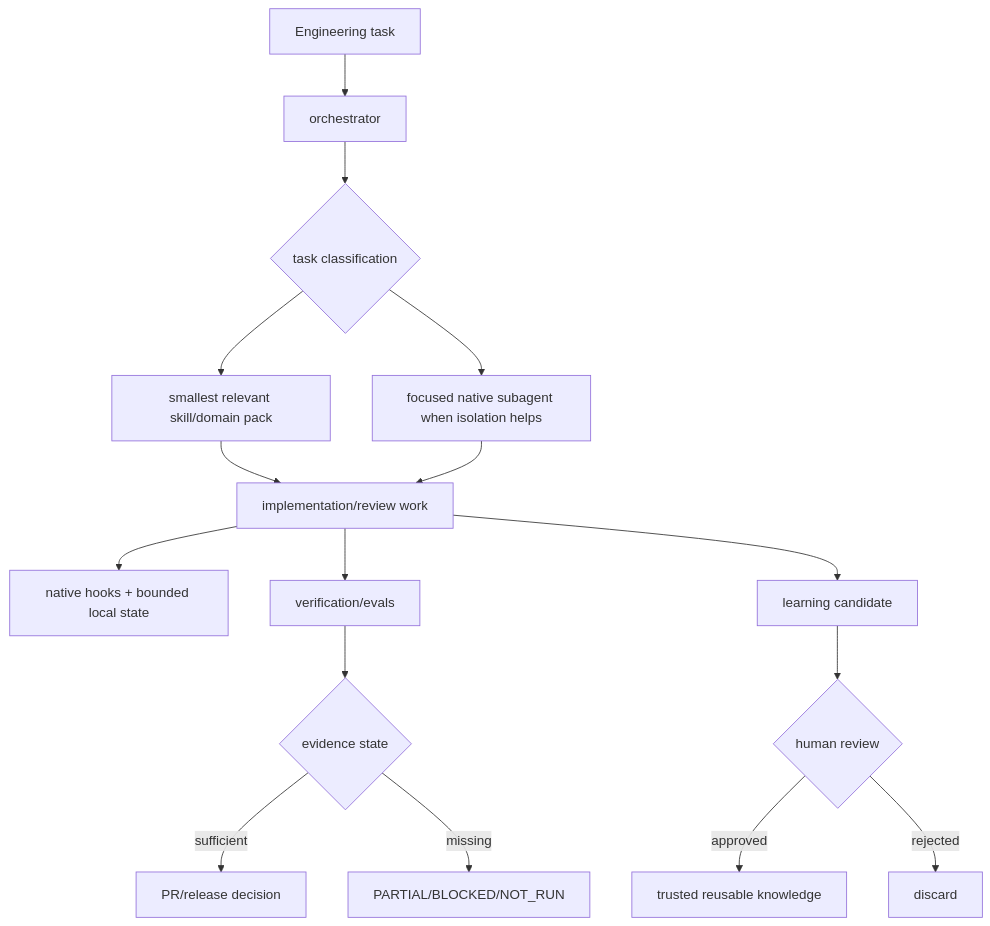
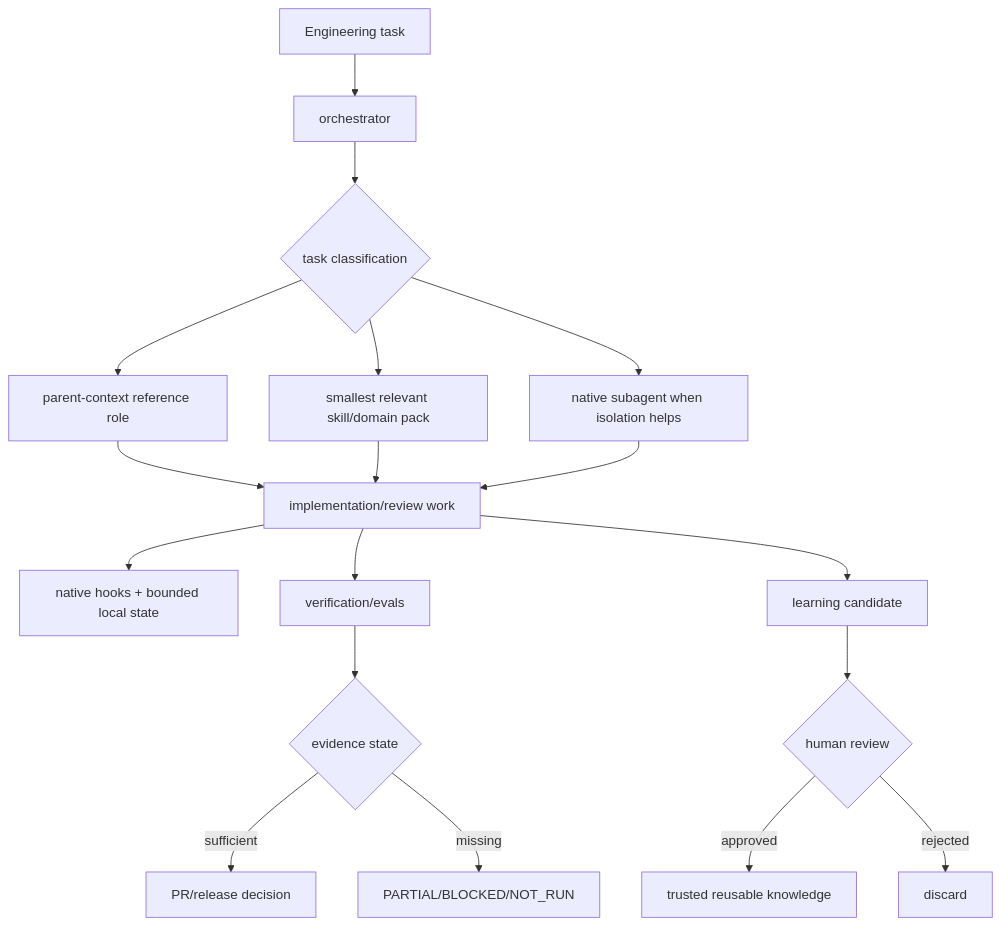
Before and after one commit to aydemir0/codex-engineering-kit: the diagram in docs/architecture.md, drawn with Mermaid. The commit also changed other lines of this file, not shown here.

Commit message:
docs: distinguish reference roles from native subagents

````diff
--- a/docs/architecture.md
+++ b/docs/architecture.md
@@ -53,18 +55,20 @@
 ```mermaid
 flowchart TD
     U[Engineering task] --> O[orchestrator]
     O --> C{task classification}
+    C --> R[parent-context reference role]
     C --> S[smallest relevant skill/domain pack]
-    C --> A[focused native subagent when isolation helps]
-    S --> I[implementation/review work]
+    C --> A[native subagent when isolation helps]
+    R --> I[implementation/review work]
+    S --> I
     A --> I
     I --> H[native hooks + bounded local state]
     I --> V[verification/evals]
-    V --> R{evidence state}
-    R -->|sufficient| P[PR/release decision]
-    R -->|missing| M[PARTIAL/BLOCKED/NOT_RUN]
+    V --> E{evidence state}
+    E -->|sufficient| P[PR/release decision]
+    E -->|missing| M[PARTIAL/BLOCKED/NOT_RUN]
     I --> L[learning candidate]
     L --> G{human review}
     G -->|approved| K[trusted reusable knowledge]
     G -->|rejected| X[discard]
 ```
````
